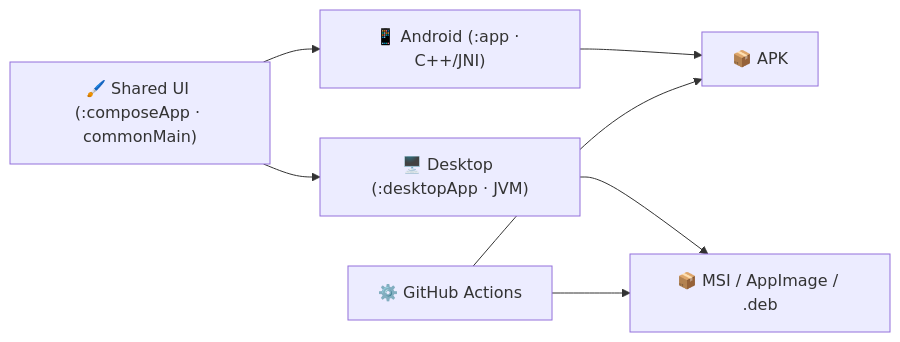
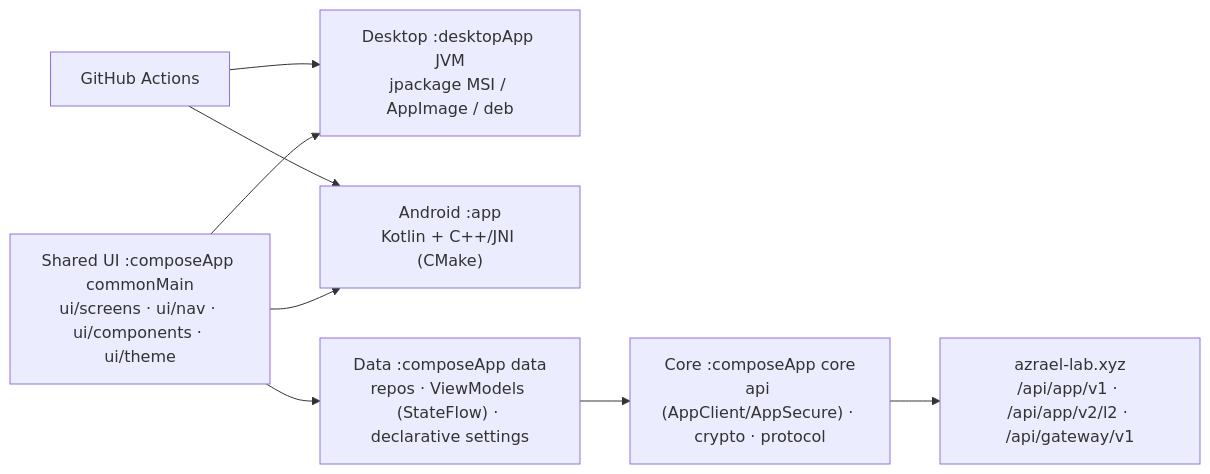
The first of 3 diagrams in README.md (PAF-DE0H1SS/AZRAEL-APP), drawn with Mermaid before and after one commit. The commit also changed other lines of this file and 6 other files, not shown here.

````diff
--- a/README.md
+++ b/README.md
@@ -42,8 +73,9 @@
 ```mermaid
 flowchart LR
-    A["🖌️ Shared UI (:composeApp · commonMain)"] --> B["📱 Android (:app · C++/JNI)"]
-    A --> C["🖥️ Desktop (:desktopApp · JVM)"]
-    B --> D["📦 APK"]
-    C --> E["📦 MSI / AppImage / .deb"]
-    G["⚙️ GitHub Actions"] --> D & E
+    A["Shared UI :composeApp commonMain<br/>ui/screens · ui/nav · ui/components · ui/theme"] --> C["Desktop :desktopApp JVM<br/>jpackage MSI / AppImage / deb"]
+    A --> B["Android :app<br/>Kotlin + C++/JNI (CMake)"]
+    A --> D["Data :composeApp data<br/>repos · ViewModels (StateFlow) · declarative settings"]
+    D --> E["Core :composeApp core<br/>api (AppClient/AppSecure) · crypto · protocol"]
+    E --> F["azrael-lab.xyz<br/>/api/app/v1 · /api/app/v2/l2 · /api/gateway/v1"]
+    G["GitHub Actions"] --> B & C
 ```
````
